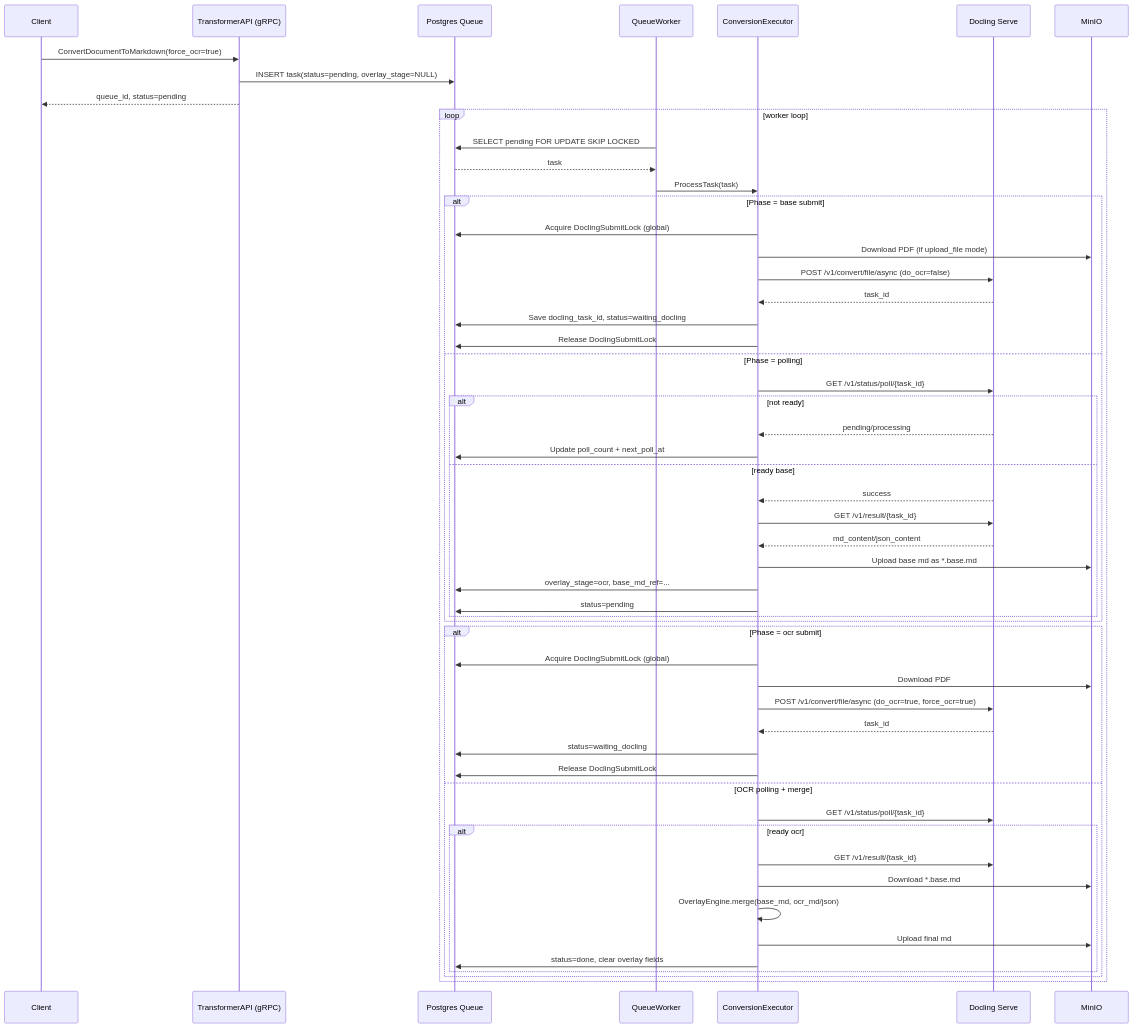
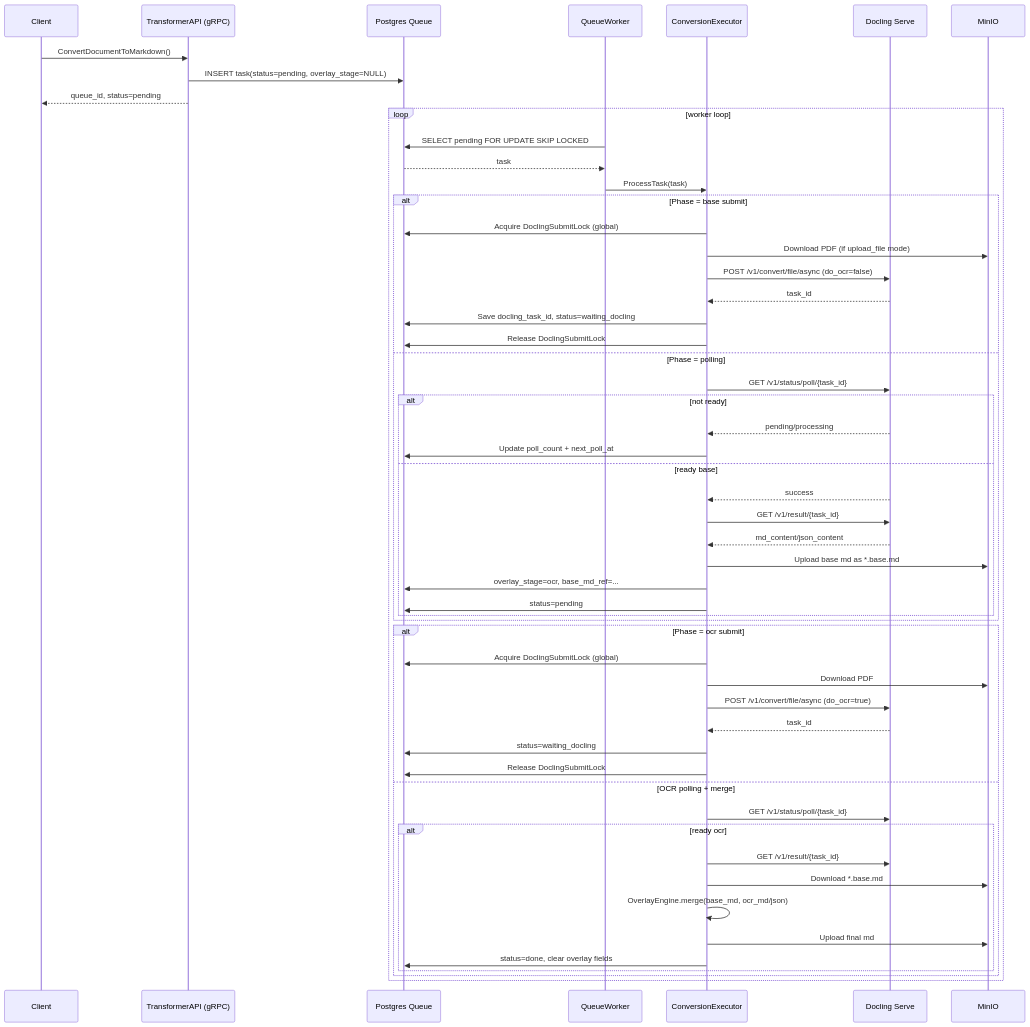
Before and after one commit to FedorovTeam/mono-repo: the second of 3 diagrams in backend/docling-transformer-service/task.md, drawn with Mermaid. The commit also changed other lines of this file and 19 other files, not shown here.

Commit message:
Remove force OCR handling

````diff
--- a/backend/docling-transformer-service/task.md
+++ b/backend/docling-transformer-service/task.md
@@ -250,61 +247,61 @@
 ```mermaid
 sequenceDiagram
     participant C as Client
     participant API as TransformerAPI (gRPC)
     participant DB as Postgres Queue
     participant W as QueueWorker
     participant EX as ConversionExecutor
     participant DL as Docling Serve
     participant S3 as MinIO
 
-    C->>API: ConvertDocumentToMarkdown(force_ocr=true)
+    C->>API: ConvertDocumentToMarkdown()
     API->>DB: INSERT task(status=pending, overlay_stage=NULL)
     API-->>C: queue_id, status=pending
 
     loop worker loop
       W->>DB: SELECT pending FOR UPDATE SKIP LOCKED
       DB-->>W: task
       W->>EX: ProcessTask(task)
 
       alt Phase = base submit
         EX->>DB: Acquire DoclingSubmitLock (global)
         EX->>S3: Download PDF (if upload_file mode)
         EX->>DL: POST /v1/convert/file/async (do_ocr=false)
         DL-->>EX: task_id
         EX->>DB: Save docling_task_id, status=waiting_docling
         EX->>DB: Release DoclingSubmitLock
       else Phase = polling
         EX->>DL: GET /v1/status/poll/{task_id}
         alt not ready
           DL-->>EX: pending/processing
           EX->>DB: Update poll_count + next_poll_at
         else ready base
           DL-->>EX: success
           EX->>DL: GET /v1/result/{task_id}
           DL-->>EX: md_content/json_content
           EX->>S3: Upload base md as *.base.md
           EX->>DB: overlay_stage=ocr, base_md_ref=...
           EX->>DB: status=pending
         end
       end
 
       alt Phase = ocr submit
         EX->>DB: Acquire DoclingSubmitLock (global)
         EX->>S3: Download PDF
-        EX->>DL: POST /v1/convert/file/async (do_ocr=true, force_ocr=true)
+        EX->>DL: POST /v1/convert/file/async (do_ocr=true)
         DL-->>EX: task_id
         EX->>DB: status=waiting_docling
         EX->>DB: Release DoclingSubmitLock
       else OCR polling + merge
         EX->>DL: GET /v1/status/poll/{task_id}
         alt ready ocr
           EX->>DL: GET /v1/result/{task_id}
           EX->>S3: Download *.base.md
           EX->>EX: OverlayEngine.merge(base_md, ocr_md/json)
           EX->>S3: Upload final md
           EX->>DB: status=done, clear overlay fields
         end
       end
     end
 
 ```
````
